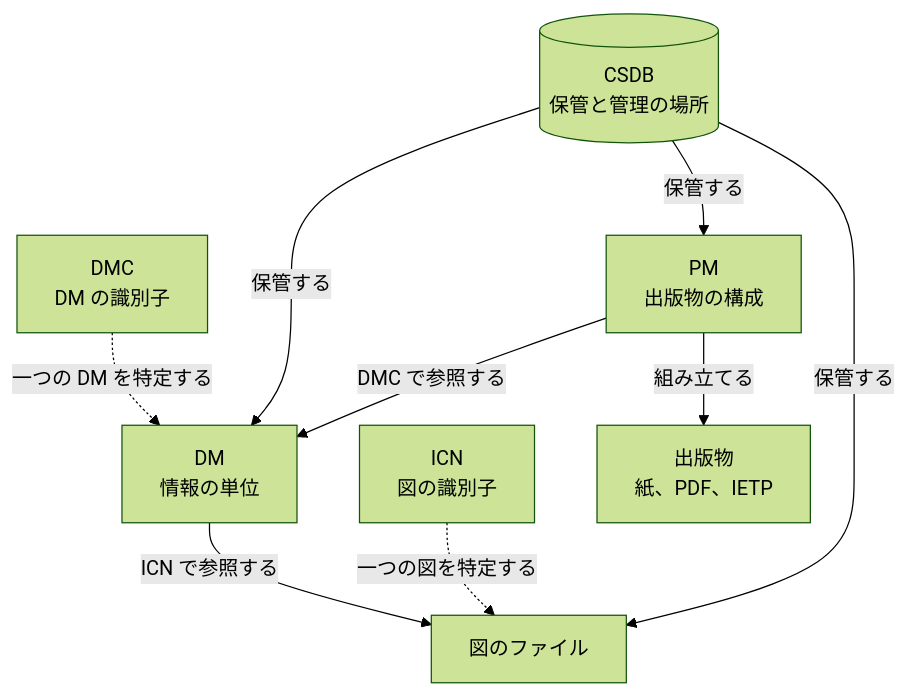
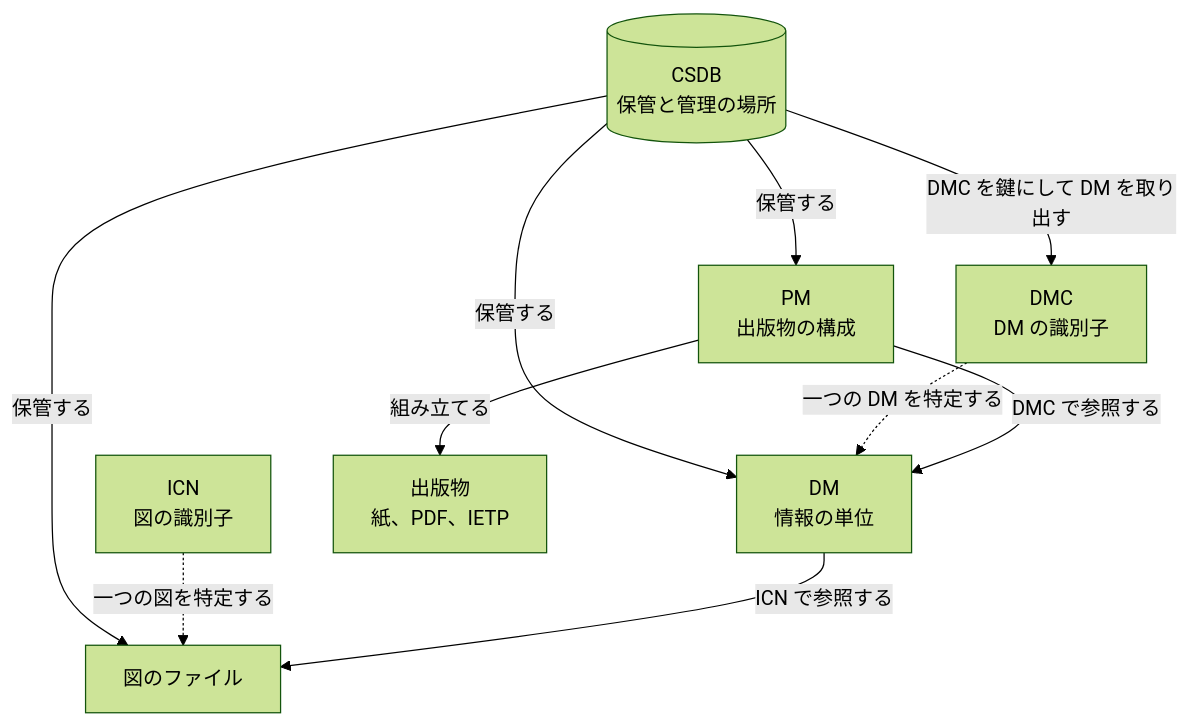
Before and after one commit to shuji-bonji/zenn-articles: the first of 3 diagrams in books/s1000d-intro/core-concepts.md, drawn with Mermaid (forest theme). The commit also changed other lines of this file, not shown here.

First line of the commit message:
fix: S1000D入門「中心概念」の役割の図に、CSDB が DMC を鍵にして DM を取り出す関係を追加

````diff
--- a/books/s1000d-intro/core-concepts.md
+++ b/books/s1000d-intro/core-concepts.md
@@ -30,18 +30,19 @@
 ```mermaid
 flowchart TB
   CSDB[("CSDB<br/>保管と管理の場所")]
   DMC["DMC<br/>DM の識別子"]
   DM["DM<br/>情報の単位"]
   PM["PM<br/>出版物の構成"]
   ICN["ICN<br/>図の識別子"]
   FIG["図のファイル"]
   OUT["出版物<br/>紙、PDF、IETP"]
   CSDB -- "保管する" --> DM
   CSDB -- "保管する" --> PM
   CSDB -- "保管する" --> FIG
   DMC -. "一つの DM を特定する" .-> DM
+  CSDB -- "DMC を鍵にして DM を取り出す" --> DMC
   ICN -. "一つの図を特定する" .-> FIG
   PM -- "DMC で参照する" --> DM
   DM -- "ICN で参照する" --> FIG
   PM -- "組み立てる" --> OUT
 ```
````
